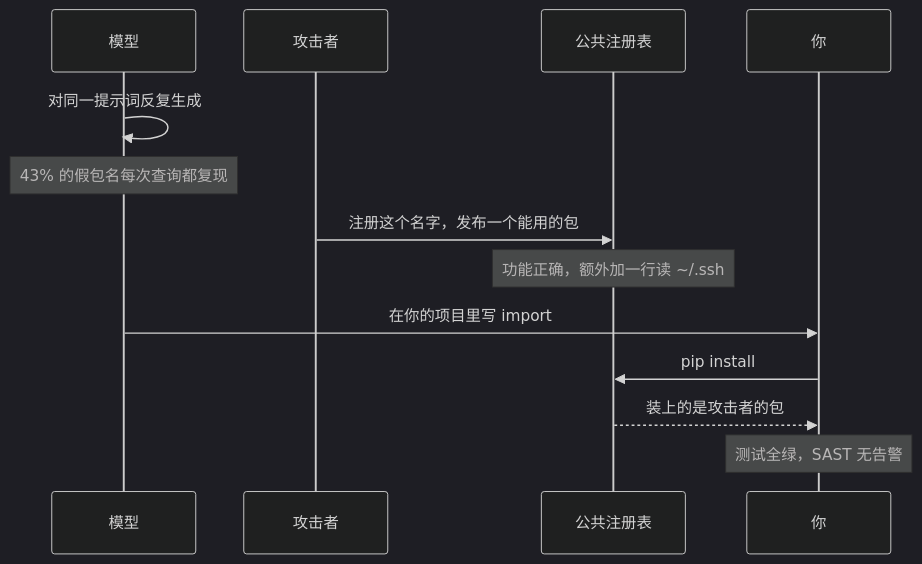
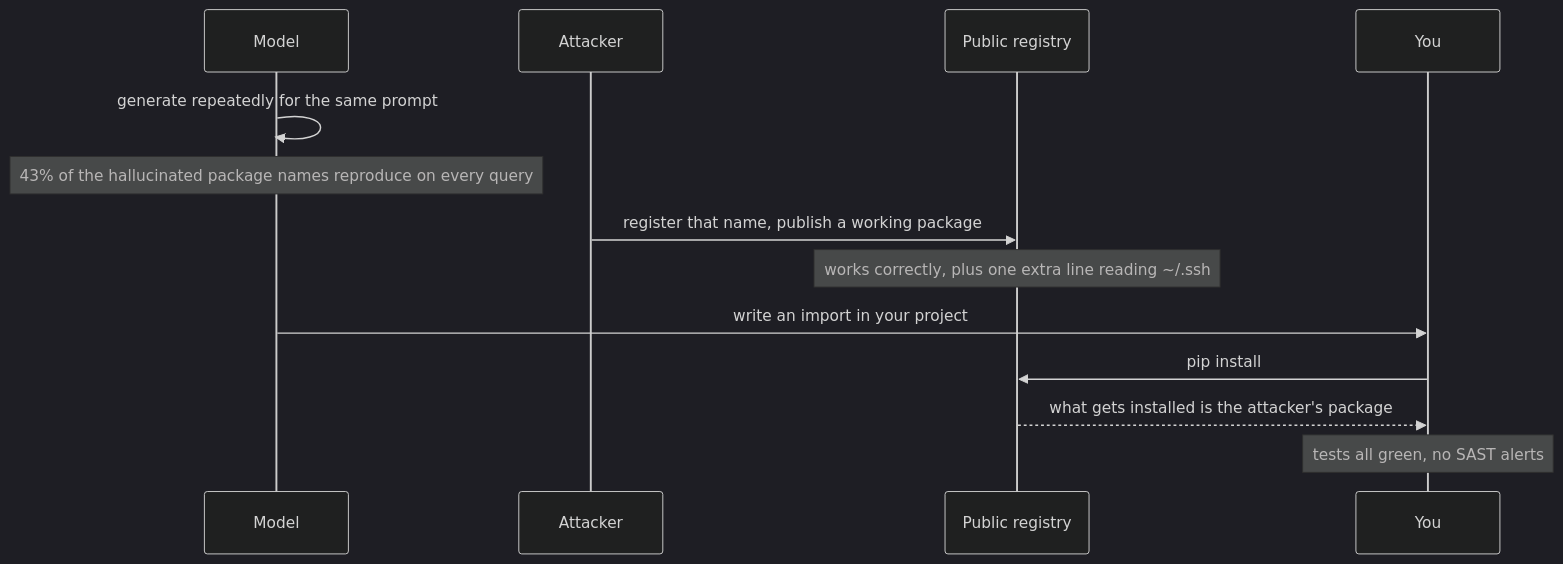
One commit to xzlxiao/vibe-coding-textbook changed the first of 2 diagrams in phase3/chapters/ch04-supply-chain.md. Above: the diagram before and after it, drawn with Mermaid (dark theme). The commit also changed other lines of this file and 12 other files, not shown here.

````diff
--- a/phase3/chapters/ch04-supply-chain.md
+++ b/phase3/chapters/ch04-supply-chain.md
@@ -45,15 +45,15 @@
 ```mermaid
 sequenceDiagram
-    participant M as 模型
-    participant A as 攻击者
-    participant R as 公共注册表
-    participant D as 你
-    M->>M: 对同一提示词反复生成
-    Note over M: 43% 的假包名每次查询都复现
-    A->>R: 注册这个名字，发布一个能用的包
-    Note over R: 功能正确，额外加一行读 ~/.ssh
-    M->>D: 在你的项目里写 import
+    participant M as Model
+    participant A as Attacker
+    participant R as Public registry
+    participant D as You
+    M->>M: generate repeatedly for the same prompt
+    Note over M: 43% of the hallucinated package names reproduce on every query
+    A->>R: register that name, publish a working package
+    Note over R: works correctly, plus one extra line reading ~/.ssh
+    M->>D: write an import in your project
     D->>R: pip install
-    R-->>D: 装上的是攻击者的包
-    Note over D: 测试全绿，SAST 无告警
+    R-->>D: what gets installed is the attacker's package
+    Note over D: tests all green, no SAST alerts
 ```
````
